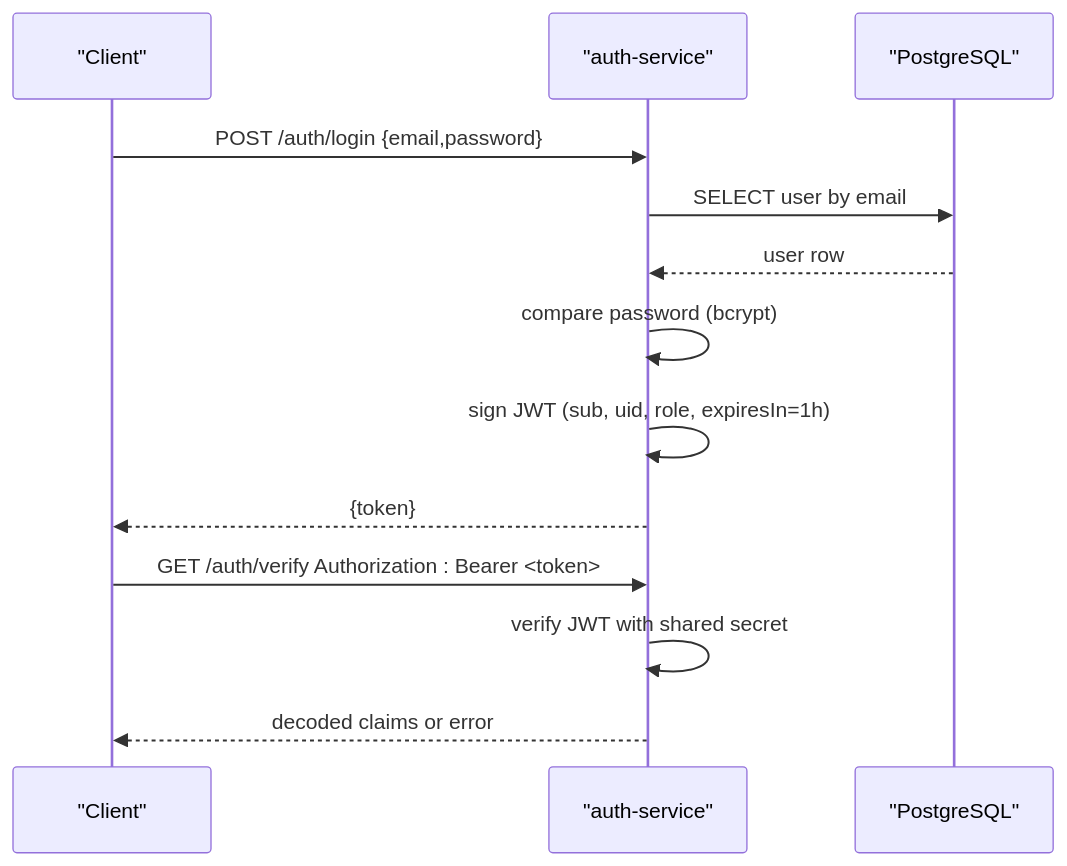
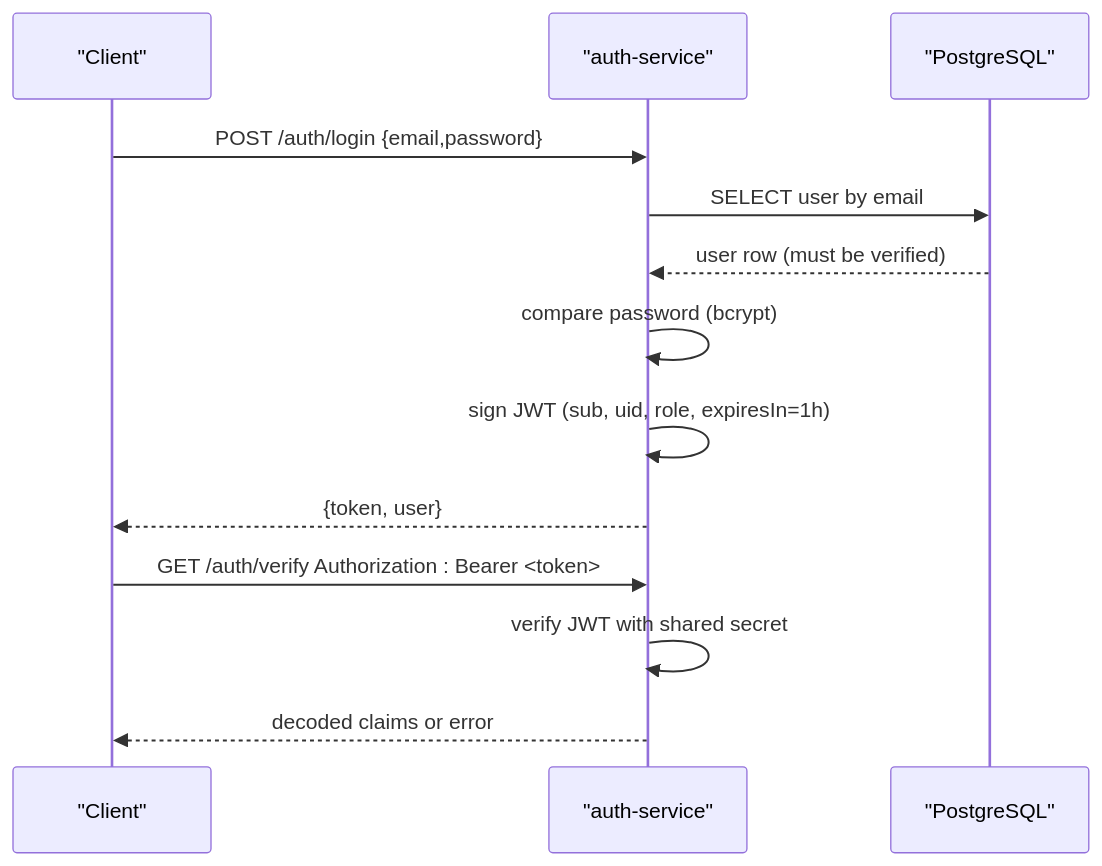
The third of 14 diagrams in .qoder/repowiki/en/content/Authentication Service.md (ikramhh/signvue-project), drawn with Mermaid before and after one commit. The commit also changed other lines of this file and 4 other files, not shown here.

````diff
--- a/.qoder/repowiki/en/content/Authentication Service.md
+++ b/.qoder/repowiki/en/content/Authentication Service.md
@@ -124,15 +141,15 @@
 ```mermaid
 sequenceDiagram
 participant C as "Client"
 participant AS as "auth-service"
 participant DB as "PostgreSQL"
 C->>AS : POST /auth/login {email,password}
 AS->>DB : SELECT user by email
-DB-->>AS : user row
+DB-->>AS : user row (must be verified)
 AS->>AS : compare password (bcrypt)
 AS->>AS : sign JWT (sub, uid, role, expiresIn=1h)
-AS-->>C : {token}
+AS-->>C : {token, user}
 C->>AS : GET /auth/verify Authorization : Bearer <token>
 AS->>AS : verify JWT with shared secret
 AS-->>C : decoded claims or error
 ```
````
